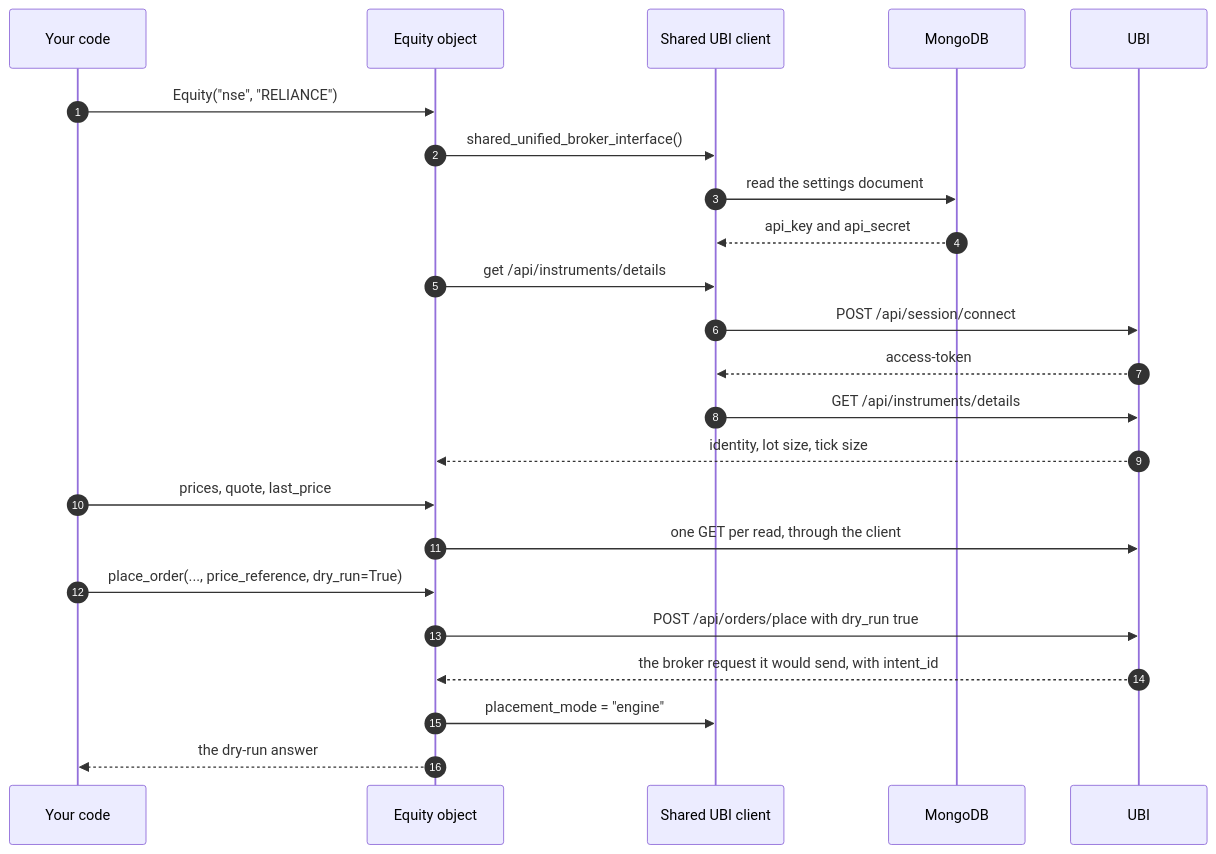
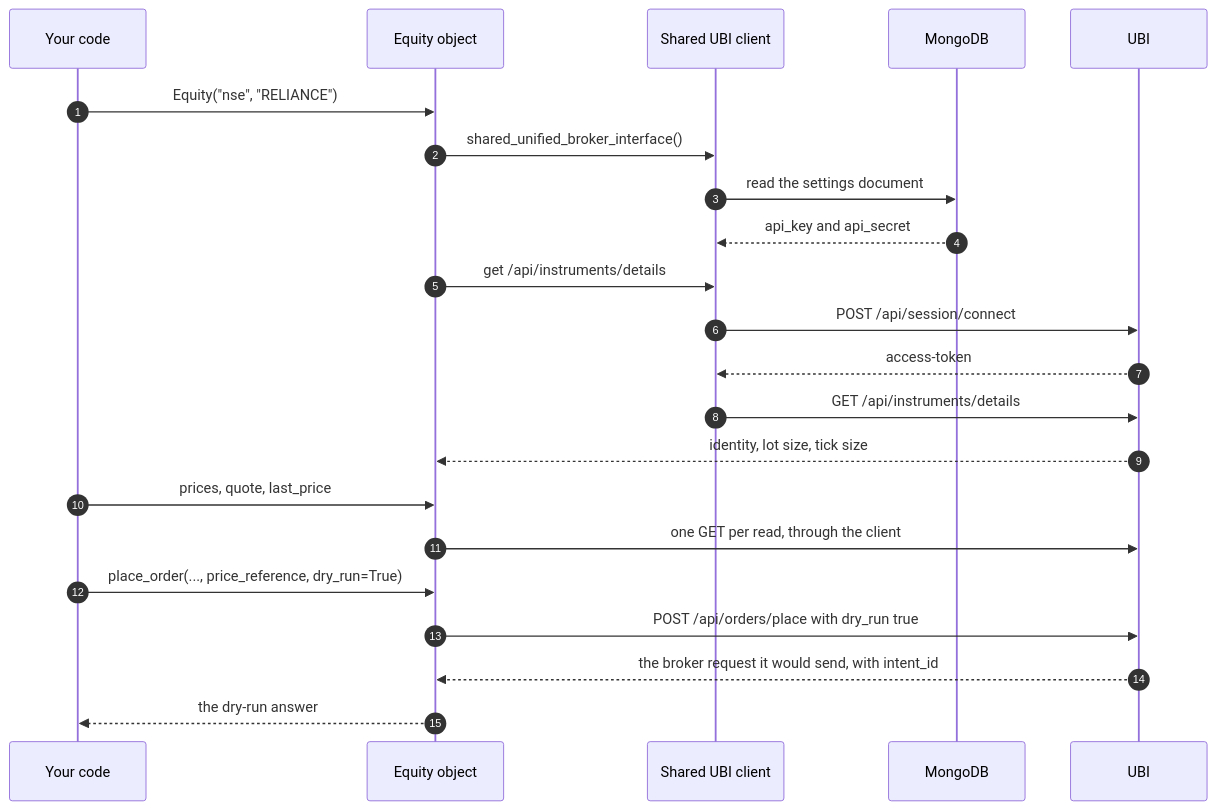
The diagram in docs/get-started/first-steps.md (pramodathani/tradingmachine), drawn with Mermaid before and after one commit. The commit also changed other lines of this file and 29 other files, not shown here.

````diff
--- a/docs/get-started/first-steps.md
+++ b/docs/get-started/first-steps.md
@@ -15,25 +15,24 @@
 ```mermaid
 sequenceDiagram
     autonumber
     participant You as Your code
     participant Share as Equity object
     participant Client as Shared UBI client
     participant Mongo as MongoDB
     participant UBI as UBI
     You->>Share: Equity("nse", "RELIANCE")
     Share->>Client: shared_unified_broker_interface()
     Client->>Mongo: read the settings document
     Mongo-->>Client: api_key and api_secret
     Share->>Client: get /api/instruments/details
     Client->>UBI: POST /api/session/connect
     UBI-->>Client: access-token
     Client->>UBI: GET /api/instruments/details
     UBI-->>Share: identity, lot size, tick size
     You->>Share: prices, quote, last_price
     Share->>UBI: one GET per read, through the client
     You->>Share: place_order(..., price_reference, dry_run=True)
     Share->>UBI: POST /api/orders/place with dry_run true
     UBI-->>Share: the broker request it would send, with intent_id
-    Share->>Client: placement_mode = "engine"
     Share-->>You: the dry-run answer
 ```
````
